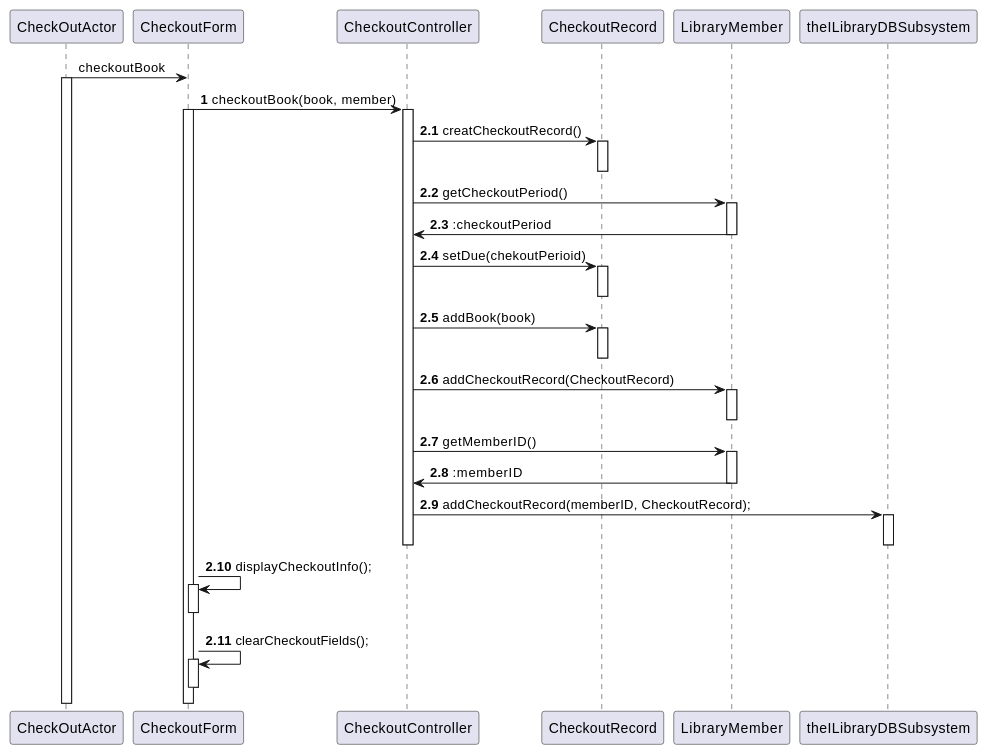
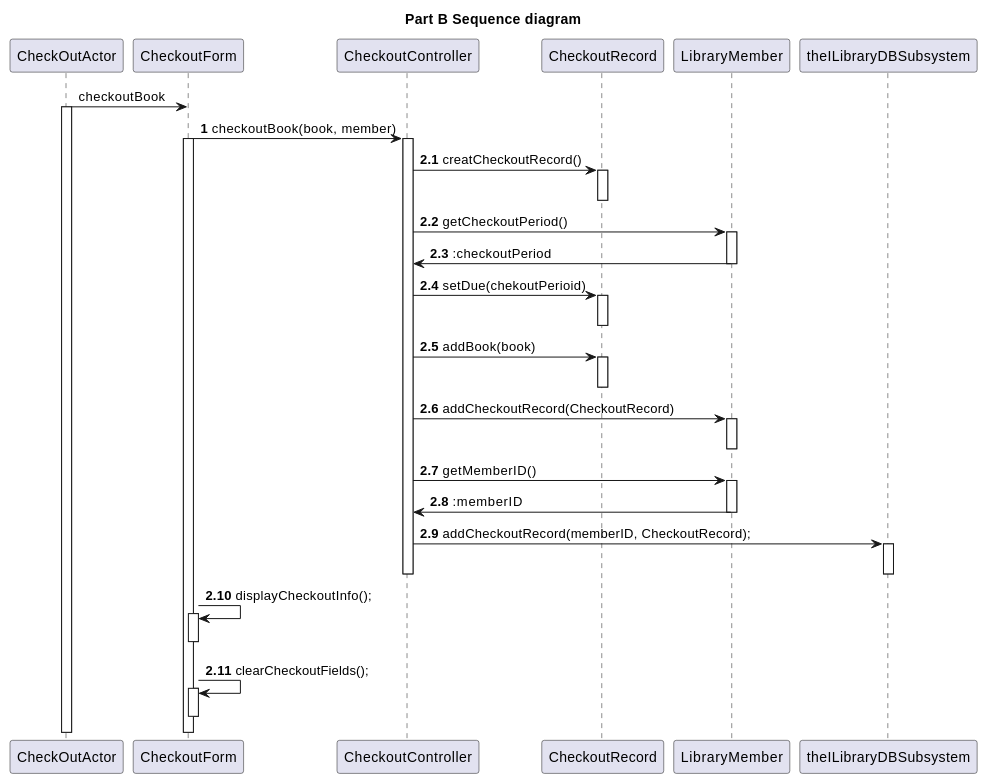
Before and after one commit to Ochirgarid/miu: the second of 3 diagrams in CS401/lab4/Diagrams.md, drawn with PlantUML. The commit also changed other lines of this file and 480 other files, not shown here.

````diff
--- a/CS401/lab4/Diagrams.md
+++ b/CS401/lab4/Diagrams.md
@@ -32,46 +32,48 @@
 ```plantuml
 @startuml
+title **Part B Sequence diagram**
+
 CheckOutActor -> CheckoutForm : checkoutBook
 activate CheckOutActor
 autonumber
 CheckoutForm -> CheckoutController : checkoutBook(book, member)
 activate CheckoutForm
 activate CheckoutController
 autonumber 2.1
 CheckoutController -> CheckoutRecord : creatCheckoutRecord()
 activate CheckoutRecord
 deactivate CheckoutRecord
 CheckoutController -> LibraryMember : getCheckoutPeriod()
 activate LibraryMember
 CheckoutController <- LibraryMember : :checkoutPeriod
 deactivate LibraryMember
 CheckoutController -> CheckoutRecord : setDue(chekoutPerioid)
 activate CheckoutRecord
 deactivate CheckoutRecord
 
 CheckoutController -> CheckoutRecord : addBook(book)
 activate CheckoutRecord
 deactivate CheckoutRecord
 
 CheckoutController -> LibraryMember : addCheckoutRecord(CheckoutRecord)
 activate LibraryMember
 deactivate LibraryMember
 
 CheckoutController -> LibraryMember : getMemberID()
 activate LibraryMember
 CheckoutController <- LibraryMember : :memberID
 deactivate LibraryMember
 CheckoutController -> theILibraryDBSubsystem : addCheckoutRecord(memberID, CheckoutRecord);
 
 activate theILibraryDBSubsystem
 deactivate theILibraryDBSubsystem
 deactivate CheckoutController
 
 CheckoutForm -> CheckoutForm : displayCheckoutInfo();
 activate CheckoutForm
 deactivate CheckoutForm
 CheckoutForm -> CheckoutForm : clearCheckoutFields();
 activate CheckoutForm
 deactivate CheckoutForm
 @enduml
 ```
````
